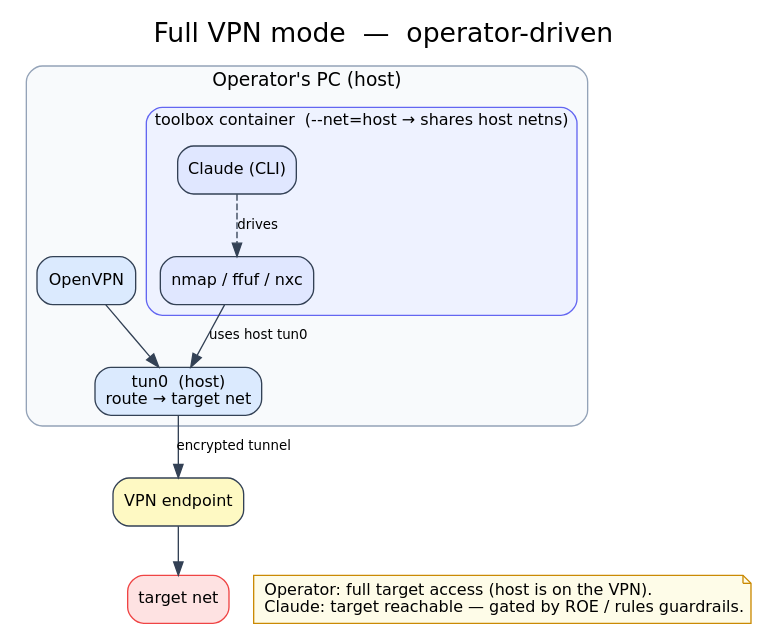
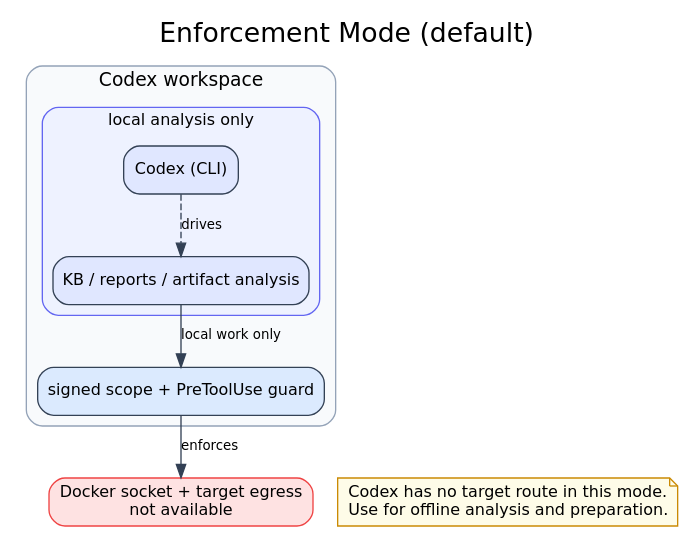
One commit to wanderjosea/Gekko-Lite changed the diagram in toolbox/vpn-full.dot. Above: the diagram before and after it, drawn with Graphviz. The commit also changed 25 other files, not shown here.

Commit message:
Add guarded Codex direct interaction mode

```diff
--- a/toolbox/vpn-full.dot
+++ b/toolbox/vpn-full.dot
@@ -1,39 +1,33 @@
-// Full VPN mode — OpenVPN on the operator's PC; container shares host netns.
+// Enforcement Mode — offline Codex workspace, no Docker socket or target route.
 digraph full_vpn {
   rankdir=TB;
   bgcolor="white";
   labelloc="t";
   fontname="DejaVu Sans"; fontsize=20;
-  label="Full VPN mode  —  operator-driven";
+  label="Enforcement Mode (default)";
   node  [fontname="DejaVu Sans", fontsize=12, shape=box, style="rounded,filled", color="#334155", fillcolor="#e2e8f0"];
   edge  [fontname="DejaVu Sans", fontsize=10, color="#334155"];
 
   subgraph cluster_pc {
-    label="Operator's PC (host)";
+    label="Codex workspace";
     style="rounded,filled"; fillcolor="#f8fafc"; color="#94a3b8"; fontname="DejaVu Sans"; fontsize=14;
 
-    openvpn [label="OpenVPN", fillcolor="#dbeafe"];
-    tun0    [label="tun0  (host)\nroute → target net", fillcolor="#dbeafe"];
+    policy  [label="signed scope + PreToolUse guard", fillcolor="#dbeafe"];
+    blocked [label="Docker socket + target egress\nnot available", fillcolor="#fee2e2", color="#ef4444"];
 
     subgraph cluster_ctr {
-      label="toolbox container  (--net=host → shares host netns)";
+      label="local analysis only";
       style="rounded,filled"; fillcolor="#eef2ff"; color="#6366f1"; fontname="DejaVu Sans"; fontsize=12;
-      claude [label="Claude (CLI)", fillcolor="#e0e7ff"];
-      tools  [label="nmap / ffuf / nxc", fillcolor="#e0e7ff"];
+      claude [label="Codex (CLI)", fillcolor="#e0e7ff"];
+      tools  [label="KB / reports / artifact analysis", fillcolor="#e0e7ff"];
     }
 
-    openvpn -> tun0;
+    policy  -> blocked [label="enforces"];
     claude  -> tools [label="drives", style=dashed];
-    tools   -> tun0  [label="uses host tun0"];
+    tools   -> policy [label="local work only"];
   }
 
-  vpn_ep [label="VPN endpoint", fillcolor="#fef9c3"];
-  target [label="target net", fillcolor="#fee2e2", color="#ef4444"];
-
-  tun0   -> vpn_ep [label="encrypted tunnel"];
-  vpn_ep -> target;
-
   note [shape=note, fillcolor="#fefce8", color="#ca8a04",
-        label="Operator: full target access (host is on the VPN).\lClaude: target reachable — gated by ROE / rules guardrails.\l"];
-  { rank=same; target; note; }
+        label="Codex has no target route in this mode.\lUse for offline analysis and preparation.\l"];
+  { rank=same; blocked; note; }
 }
```
